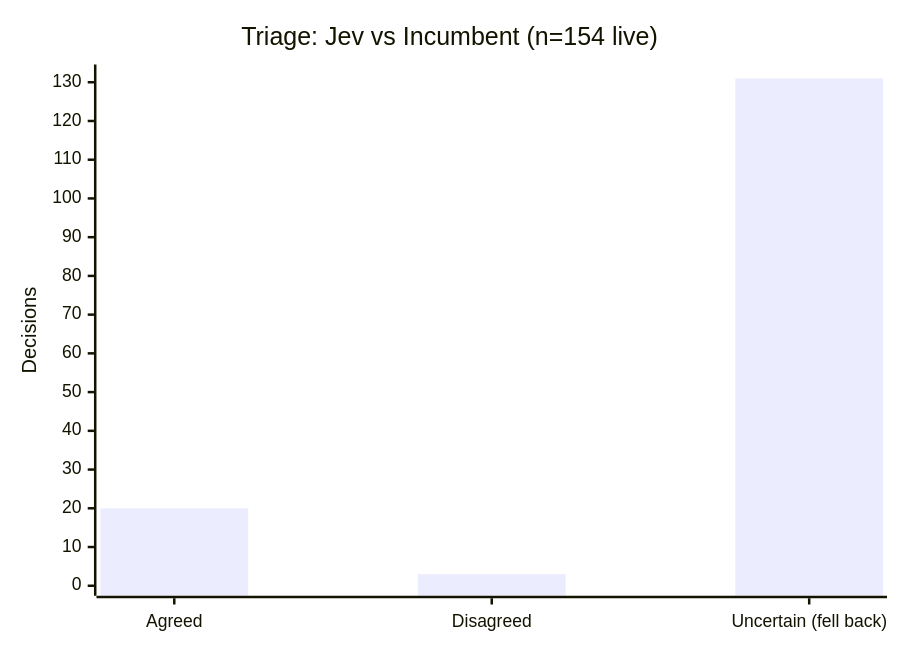
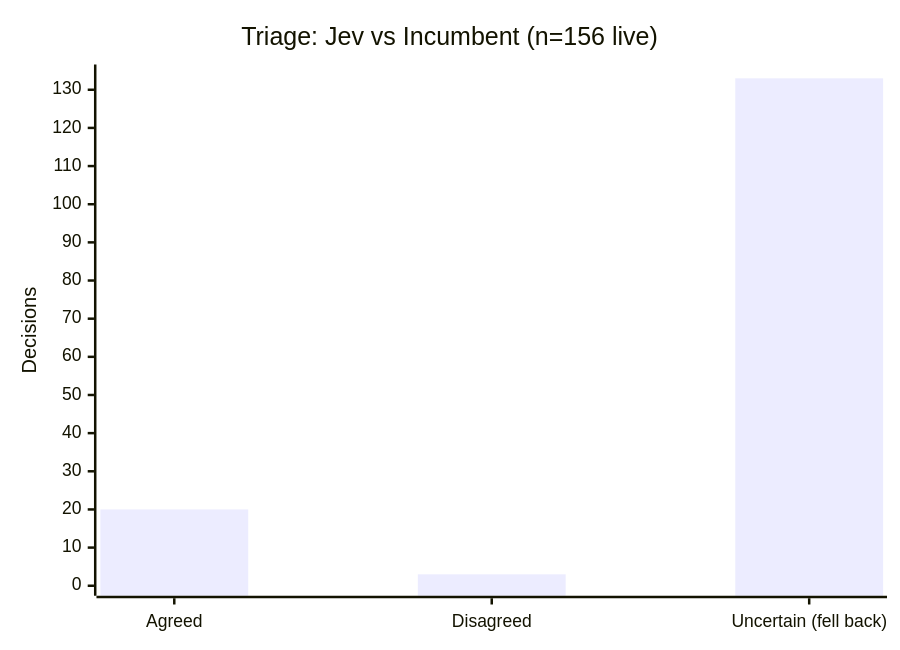
The first of 4 diagrams in JEV.md (Sanctum-Origo-Systems/patina), drawn with Mermaid before and after one commit. The commit also changed other lines of this file, not shown here.

Commit message:
chore: update jev report (2026-11-24) (#714)

````diff
--- a/JEV.md
+++ b/JEV.md
@@ -9,7 +9,7 @@
 ```mermaid
 xychart-beta
-    title "Triage: Jev vs Incumbent (n=154 live)"
+    title "Triage: Jev vs Incumbent (n=156 live)"
     x-axis ["Agreed", "Disagreed", "Uncertain (fell back)"]
-    y-axis "Decisions" 0 --> 132
-    bar [20, 3, 131]
+    y-axis "Decisions" 0 --> 134
+    bar [20, 3, 133]
 ```
````
